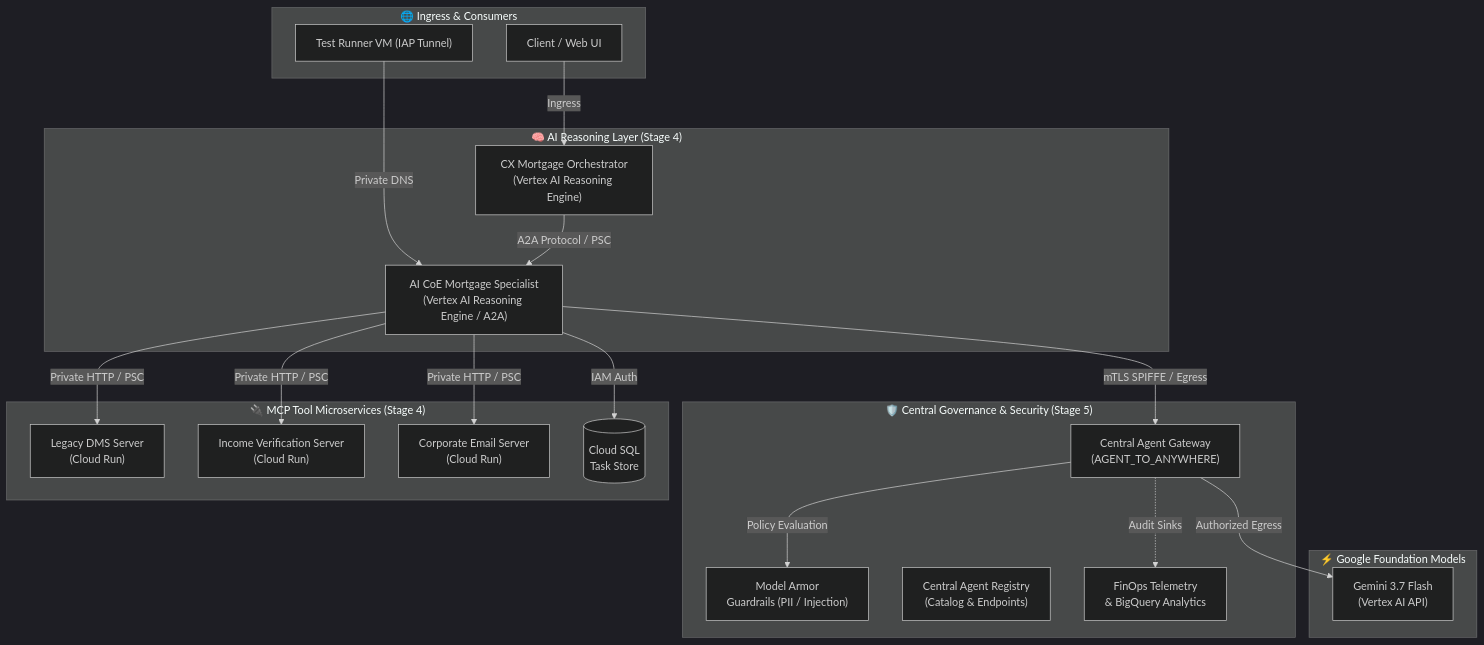
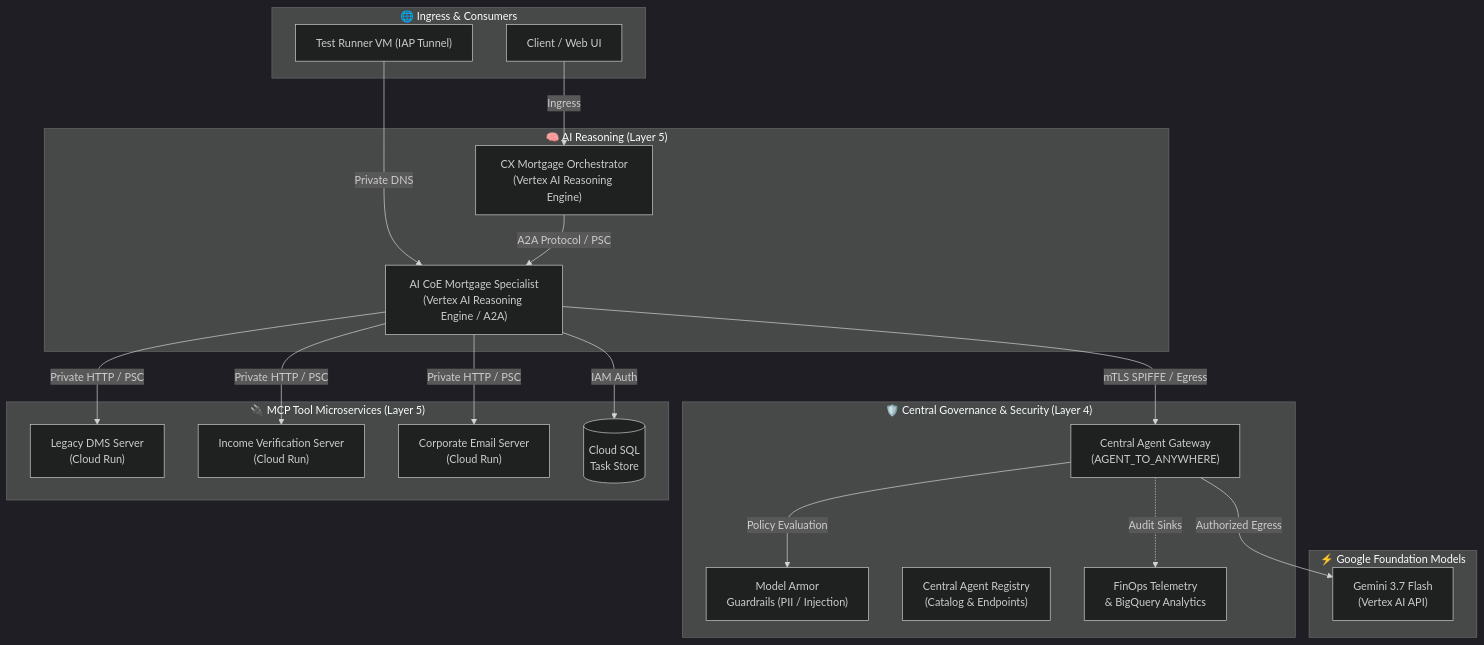
One commit to google/esmeralda changed the diagram in README.md. Above: the diagram before and after it, drawn with Mermaid (dark theme). The commit also changed other lines of this file and 75 other files, not shown here.

First line of the commit message:
refactor: use "layer" instead of "stage" throughout

````diff
--- a/README.md
+++ b/README.md
@@ -53,42 +53,42 @@
 ```mermaid
 flowchart TD
     subgraph Clients["🌐 Ingress & Consumers"]
         User["Client / Web UI"]
         TestVM["Test Runner VM (IAP Tunnel)"]
     end
 
-    subgraph Governance["🛡️ Central Governance & Security (Stage 5)"]
+    subgraph Governance["🛡️ Central Governance & Security (Layer 4)"]
         AGW["Central Agent Gateway\n(AGENT_TO_ANYWHERE)"]
         MA["Model Armor\nGuardrails (PII / Injection)"]
         AR["Central Agent Registry\n(Catalog & Endpoints)"]
         FinOps["FinOps Telemetry\n& BigQuery Analytics"]
     end
 
-    subgraph Agents["🧠 AI Reasoning Layer (Stage 4)"]
+    subgraph Agents["🧠 AI Reasoning (Layer 5)"]
         RootAgent["CX Mortgage Orchestrator\n(Vertex AI Reasoning Engine)"]
         A2AAgent["AI CoE Mortgage Specialist\n(Vertex AI Reasoning Engine / A2A)"]
     end
 
-    subgraph Tools["🔌 MCP Tool Microservices (Stage 4)"]
+    subgraph Tools["🔌 MCP Tool Microservices (Layer 5)"]
         DMS["Legacy DMS Server\n(Cloud Run)"]
         Income["Income Verification Server\n(Cloud Run)"]
         Email["Corporate Email Server\n(Cloud Run)"]
         TaskDB[("Cloud SQL\nTask Store")]
     end
 
     subgraph Models["⚡ Google Foundation Models"]
         Gemini["Gemini 3.7 Flash\n(Vertex AI API)"]
     end
 
     User -->|Ingress| RootAgent
     TestVM -->|Private DNS| A2AAgent
     RootAgent -->|A2A Protocol / PSC| A2AAgent
     A2AAgent -->|mTLS SPIFFE / Egress| AGW
     AGW -->|Policy Evaluation| MA
     AGW -->|Authorized Egress| Gemini
     A2AAgent -->|Private HTTP / PSC| DMS
     A2AAgent -->|Private HTTP / PSC| Income
     A2AAgent -->|Private HTTP / PSC| Email
     A2AAgent -->|IAM Auth| TaskDB
     AGW -.->|Audit Sinks| FinOps
 ```
````
